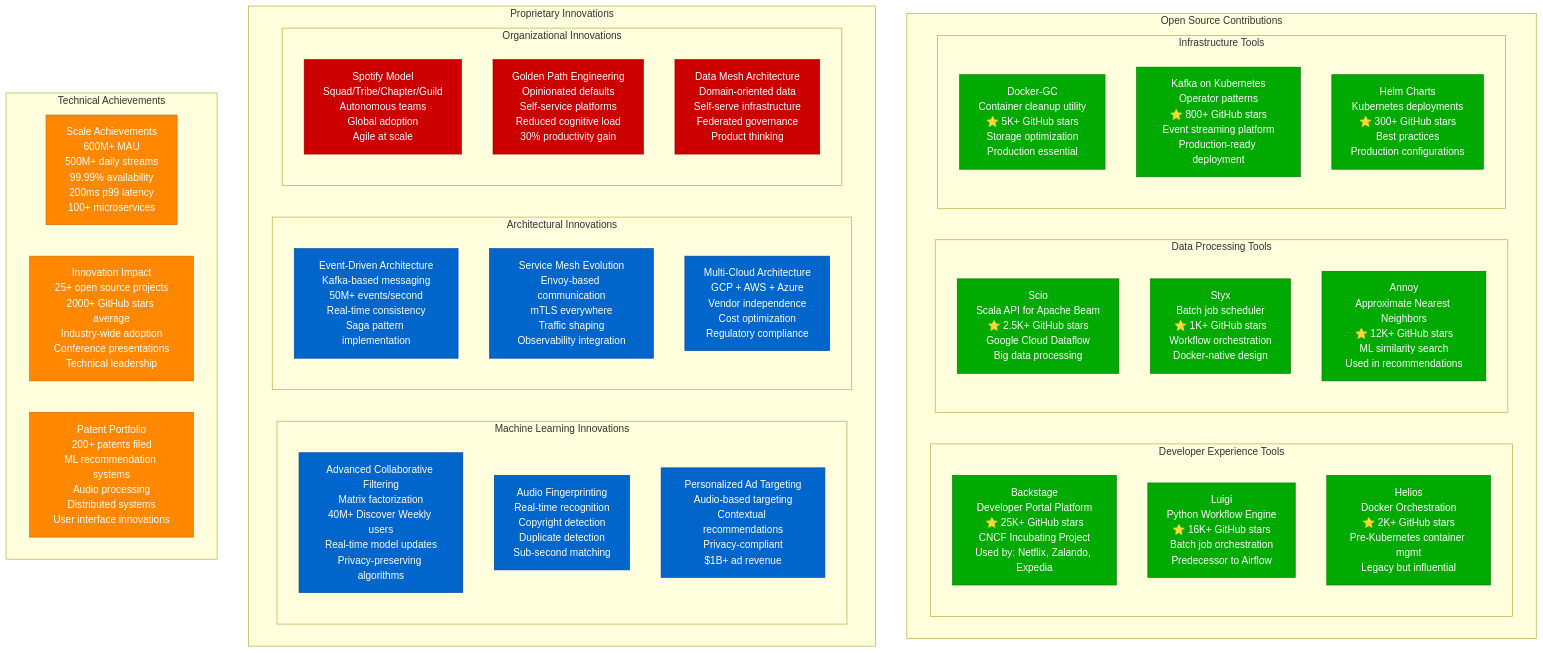
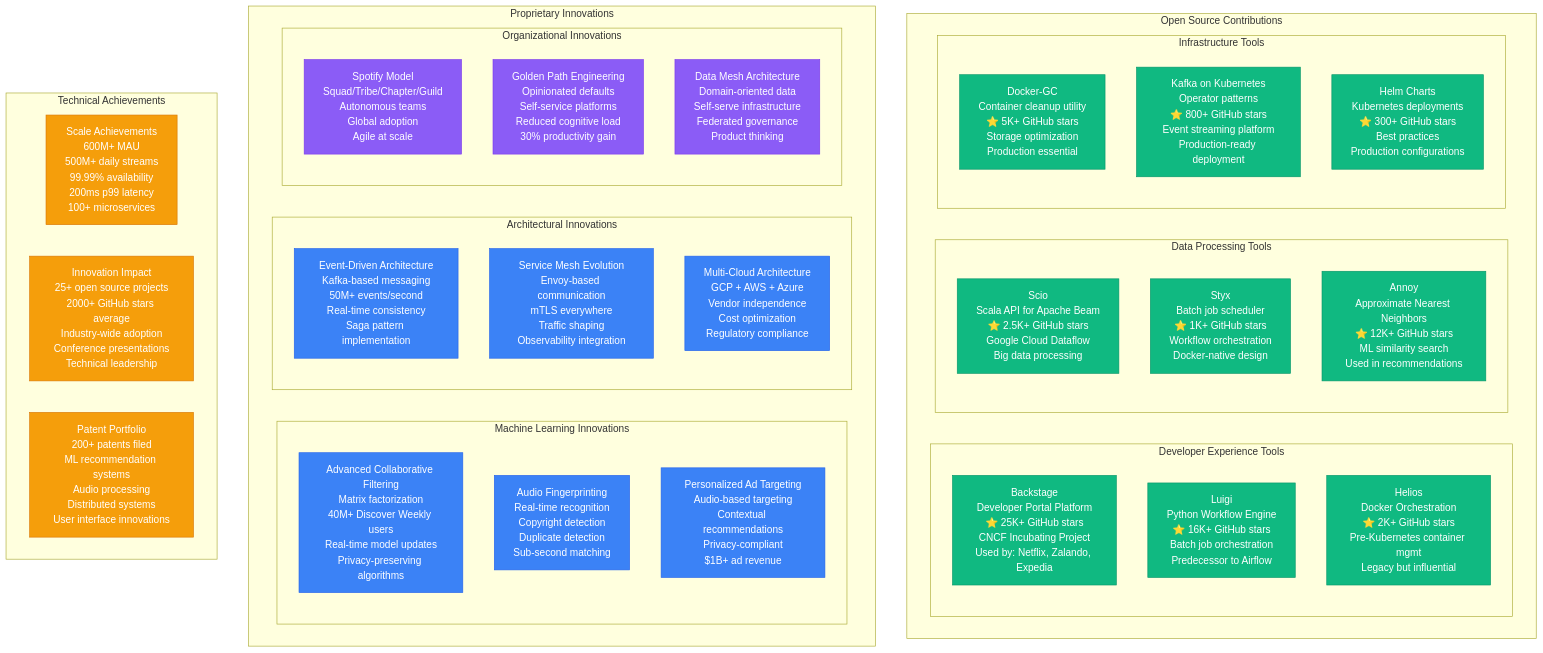
The first of 5 diagrams in site/docs/systems/spotify/novel-solutions.md (deepaucksharma/DS), drawn with Mermaid before and after one commit. The commit also changed other lines of this file and 303 other files, not shown here.

````diff
--- a/site/docs/systems/spotify/novel-solutions.md
+++ b/site/docs/systems/spotify/novel-solutions.md
@@ -7,73 +7,73 @@
 ```mermaid
 graph TB
     subgraph OpenSourceContributions[Open Source Contributions]
         subgraph DeveloperTools[Developer Experience Tools]
             Backstage[Backstage<br/>Developer Portal Platform<br/>⭐ 25K+ GitHub stars<br/>CNCF Incubating Project<br/>Used by: Netflix, Zalando, Expedia]
 
             Luigi[Luigi<br/>Python Workflow Engine<br/>⭐ 16K+ GitHub stars<br/>Batch job orchestration<br/>Predecessor to Airflow]
 
             Helios[Helios<br/>Docker Orchestration<br/>⭐ 2K+ GitHub stars<br/>Pre-Kubernetes container mgmt<br/>Legacy but influential]
         end
 
         subgraph DataTools[Data Processing Tools]
             Scio[Scio<br/>Scala API for Apache Beam<br/>⭐ 2.5K+ GitHub stars<br/>Google Cloud Dataflow<br/>Big data processing]
 
             Styx[Styx<br/>Batch job scheduler<br/>⭐ 1K+ GitHub stars<br/>Workflow orchestration<br/>Docker-native design]
 
             Annoy[Annoy<br/>Approximate Nearest Neighbors<br/>⭐ 12K+ GitHub stars<br/>ML similarity search<br/>Used in recommendations]
         end
 
         subgraph InfrastructureTools[Infrastructure Tools]
             DockerGC[Docker-GC<br/>Container cleanup utility<br/>⭐ 5K+ GitHub stars<br/>Storage optimization<br/>Production essential]
 
             KubernetesKafka[Kafka on Kubernetes<br/>Operator patterns<br/>⭐ 800+ GitHub stars<br/>Event streaming platform<br/>Production-ready deployment]
 
             HelmCharts[Helm Charts<br/>Kubernetes deployments<br/>⭐ 300+ GitHub stars<br/>Best practices<br/>Production configurations]
         end
     end
 
     subgraph ProprietaryInnovations[Proprietary Innovations]
         subgraph MLInnovations[Machine Learning Innovations]
             CollaborativeFiltering[Advanced Collaborative Filtering<br/>Matrix factorization<br/>40M+ Discover Weekly users<br/>Real-time model updates<br/>Privacy-preserving algorithms]
 
             AudioFingerprinting[Audio Fingerprinting<br/>Real-time recognition<br/>Copyright detection<br/>Duplicate detection<br/>Sub-second matching]
 
             PersonalizedAds[Personalized Ad Targeting<br/>Audio-based targeting<br/>Contextual recommendations<br/>Privacy-compliant<br/>$1B+ ad revenue]
         end
 
         subgraph ArchitecturalInnovations[Architectural Innovations]
             EventDrivenArch[Event-Driven Architecture<br/>Kafka-based messaging<br/>50M+ events/second<br/>Real-time consistency<br/>Saga pattern implementation]
 
             ServiceMesh[Service Mesh Evolution<br/>Envoy-based communication<br/>mTLS everywhere<br/>Traffic shaping<br/>Observability integration]
 
             MultiCloudStrategy[Multi-Cloud Architecture<br/>GCP + AWS + Azure<br/>Vendor independence<br/>Cost optimization<br/>Regulatory compliance]
         end
 
         subgraph OrganizationalInnovations[Organizational Innovations]
             SpotifyModel[Spotify Model<br/>Squad/Tribe/Chapter/Guild<br/>Autonomous teams<br/>Global adoption<br/>Agile at scale]
 
             GoldenPaths[Golden Path Engineering<br/>Opinionated defaults<br/>Self-service platforms<br/>Reduced cognitive load<br/>30% productivity gain]
 
             DataMesh[Data Mesh Architecture<br/>Domain-oriented data<br/>Self-serve infrastructure<br/>Federated governance<br/>Product thinking]
         end
     end
 
     subgraph TechnicalAchievements[Technical Achievements]
         ScaleMetrics[Scale Achievements<br/>600M+ MAU<br/>500M+ daily streams<br/>99.99% availability<br/>200ms p99 latency<br/>100+ microservices]
 
         InnovationMetrics[Innovation Impact<br/>25+ open source projects<br/>2000+ GitHub stars average<br/>Industry-wide adoption<br/>Conference presentations<br/>Technical leadership]
 
         PatentPortfolio[Patent Portfolio<br/>200+ patents filed<br/>ML recommendation systems<br/>Audio processing<br/>Distributed systems<br/>User interface innovations]
     end
 
     %% Apply styling
-    classDef openSourceStyle fill:#00AA00,stroke:#007700,color:#fff
-    classDef proprietaryStyle fill:#0066CC,stroke:#004499,color:#fff
-    classDef achievementStyle fill:#FF8800,stroke:#CC6600,color:#fff
-    classDef organizationalStyle fill:#CC0000,stroke:#990000,color:#fff
+    classDef openSourceStyle fill:#10B981,stroke:#059669,color:#fff
+    classDef proprietaryStyle fill:#3B82F6,stroke:#2563EB,color:#fff
+    classDef achievementStyle fill:#F59E0B,stroke:#D97706,color:#fff
+    classDef organizationalStyle fill:#8B5CF6,stroke:#7C3AED,color:#fff
 
     class Backstage,Luigi,Helios,Scio,Styx,Annoy,DockerGC,KubernetesKafka,HelmCharts openSourceStyle
     class CollaborativeFiltering,AudioFingerprinting,PersonalizedAds,EventDrivenArch,ServiceMesh,MultiCloudStrategy proprietaryStyle
     class SpotifyModel,GoldenPaths,DataMesh organizationalStyle
     class ScaleMetrics,InnovationMetrics,PatentPortfolio achievementStyle
 ```
````
